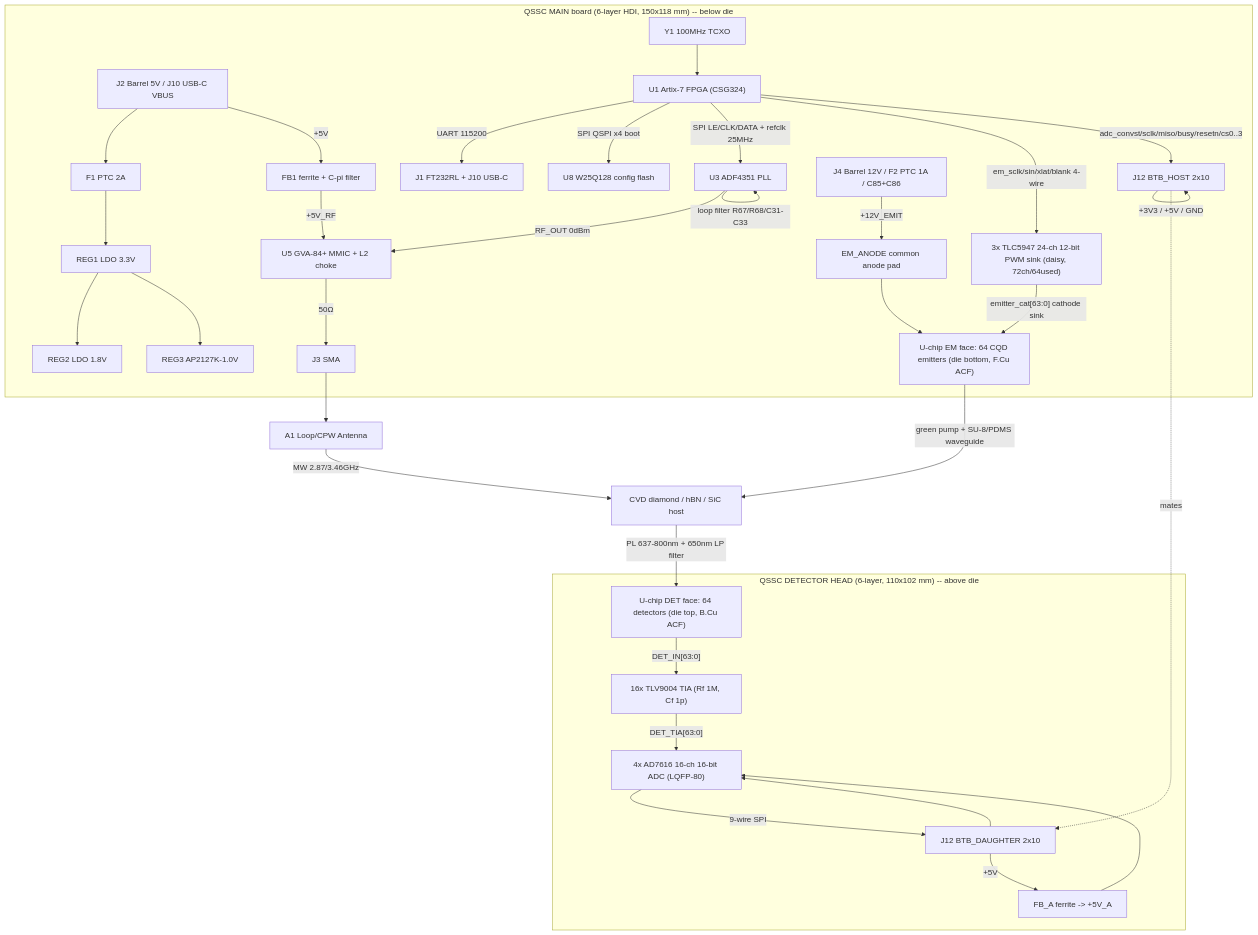
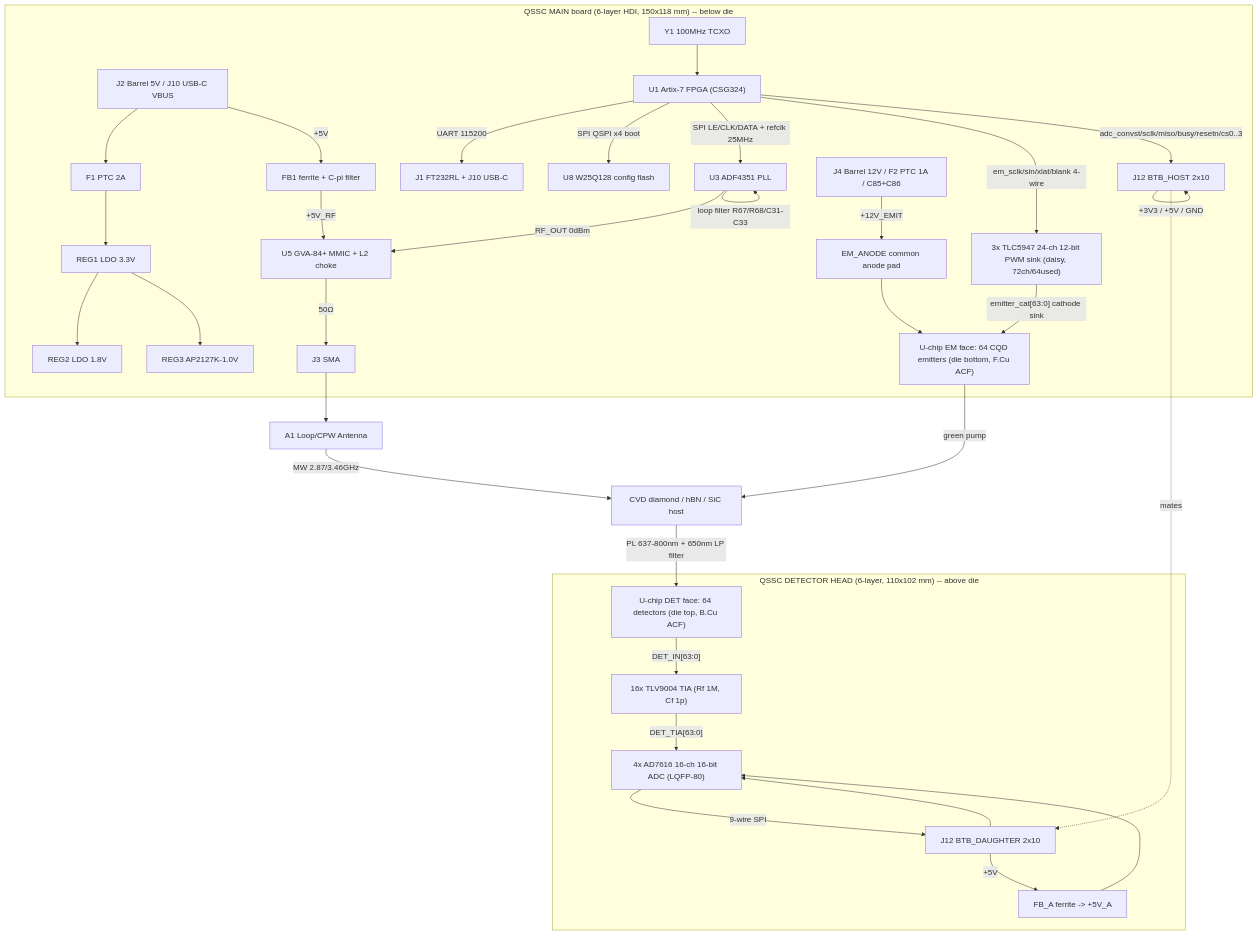
The first of 2 diagrams in hardware/HARDWARE_DESIGN.md (VABISMO/QSSC), drawn with Mermaid before and after one commit. The commit also changed other lines of this file and 13 other files, not shown here.

````diff
--- a/hardware/HARDWARE_DESIGN.md
+++ b/hardware/HARDWARE_DESIGN.md
@@ -164,36 +164,36 @@
 ```mermaid
 flowchart TD
     subgraph Main["QSSC MAIN board (6-layer HDI, 150x118 mm) -- below die"]
         J2["J2 Barrel 5V / J10 USB-C VBUS"] --> F1["F1 PTC 2A"] --> REG1["REG1 LDO 3.3V"]
         REG1 --> REG2["REG2 LDO 1.8V"]
         REG1 --> REG3["REG3 AP2127K-1.0V"]
         J2 -->|"+5V"| FB1["FB1 ferrite + C-pi filter"]
         Y1["Y1 100MHz TCXO"] --> U1["U1 Artix-7 FPGA (CSG324)"]
         U1 -->|"UART 115200"| J1["J1 FT232RL + J10 USB-C"]
         U1 -->|"SPI QSPI x4 boot"| W25["U8 W25Q128 config flash"]
         U1 -->|"SPI LE/CLK/DATA + refclk 25MHz"| U3["U3 ADF4351 PLL"]
         U3 -->|"loop filter R67/R68/C31-C33"| U3
         U3 -->|"RF_OUT 0dBm"| U5["U5 GVA-84+ MMIC + L2 choke"]
         FB1 -->|"+5V_RF"| U5
         U5 -->|"50Ω"| J3["J3 SMA"]
         U1 -->|"em_sclk/sin/xlat/blank 4-wire"| TLC["3x TLC5947 24-ch 12-bit PWM sink (daisy, 72ch/64used)"]
         J4["J4 Barrel 12V / F2 PTC 1A / C85+C86"] -->|"+12V_EMIT"| ANODE["EM_ANODE common anode pad"]
         TLC -->|"emitter_cat[63:0] cathode sink"| CHIP_EM["U-chip EM face: 64 CQD emitters (die bottom, F.Cu ACF)"]
         ANODE --> CHIP_EM
         U1 -->|"adc_convst/sclk/miso/busy/resetn/cs0..3"| J12H["J12 BTB_HOST 2x10"]
         J12H -->|"+3V3 / +5V / GND"| J12H
     end
     subgraph Head["QSSC DETECTOR HEAD (6-layer, 110x102 mm) -- above die"]
         J12D["J12 BTB_DAUGHTER 2x10"] --> ADC["4x AD7616 16-ch 16-bit ADC (LQFP-80)"]
         J12D -->|"+5V"| FBA["FB_A ferrite -> +5V_A"]
         FBA --> ADC
         ADC -->|"9-wire SPI"| J12D
         DET["U-chip DET face: 64 detectors (die top, B.Cu ACF)"] -->|"DET_IN[63:0]"| TIA["16x TLV9004 TIA (Rf 1M, Cf 1p)"]
         TIA -->|"DET_TIA[63:0]"| ADC
     end
     J12H -.->|"mates"| J12D
     J3 --> A1["A1 Loop/CPW Antenna"]
     A1 -->|"MW 2.87/3.46GHz"| Sub["CVD diamond / hBN / SiC host"]
-    CHIP_EM -->|"green pump + SU-8/PDMS waveguide"| Sub
+    CHIP_EM -->|"green pump"| Sub
     Sub -->|"PL 637-800nm + 650nm LP filter"| DET
 ```
````
